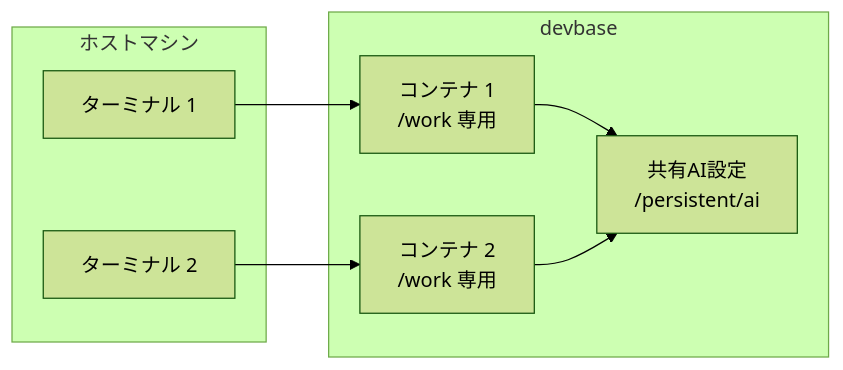
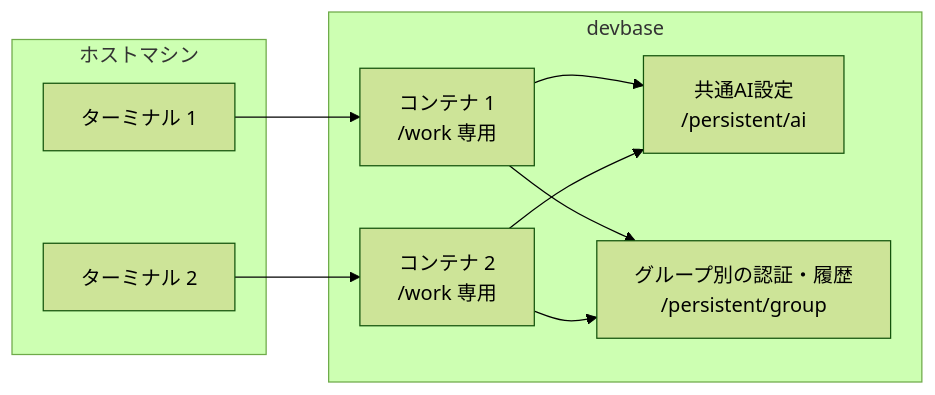
One commit to devbasex/devbase changed the second of 3 diagrams in docs/user/container-operations.md. Above: the diagram before and after it, drawn with Mermaid (forest theme). The commit also changed other lines of this file and 14 other files, not shown here.

````diff
--- a/docs/user/container-operations.md
+++ b/docs/user/container-operations.md
@@ -114,16 +114,19 @@
 ```mermaid
 graph LR
     subgraph ホストマシン
         A[ターミナル 1]
         B[ターミナル 2]
     end
     subgraph devbase
         C[コンテナ 1<br/>/work 専用]
         D[コンテナ 2<br/>/work 専用]
-        E[共有AI設定<br/>/persistent/ai]
+        E[共通AI設定<br/>/persistent/ai]
+        F[グループ別の認証・履歴<br/>/persistent/group]
     end
     A --> C
     B --> D
     C --> E
     D --> E
+    C --> F
+    D --> F
 ```
````
